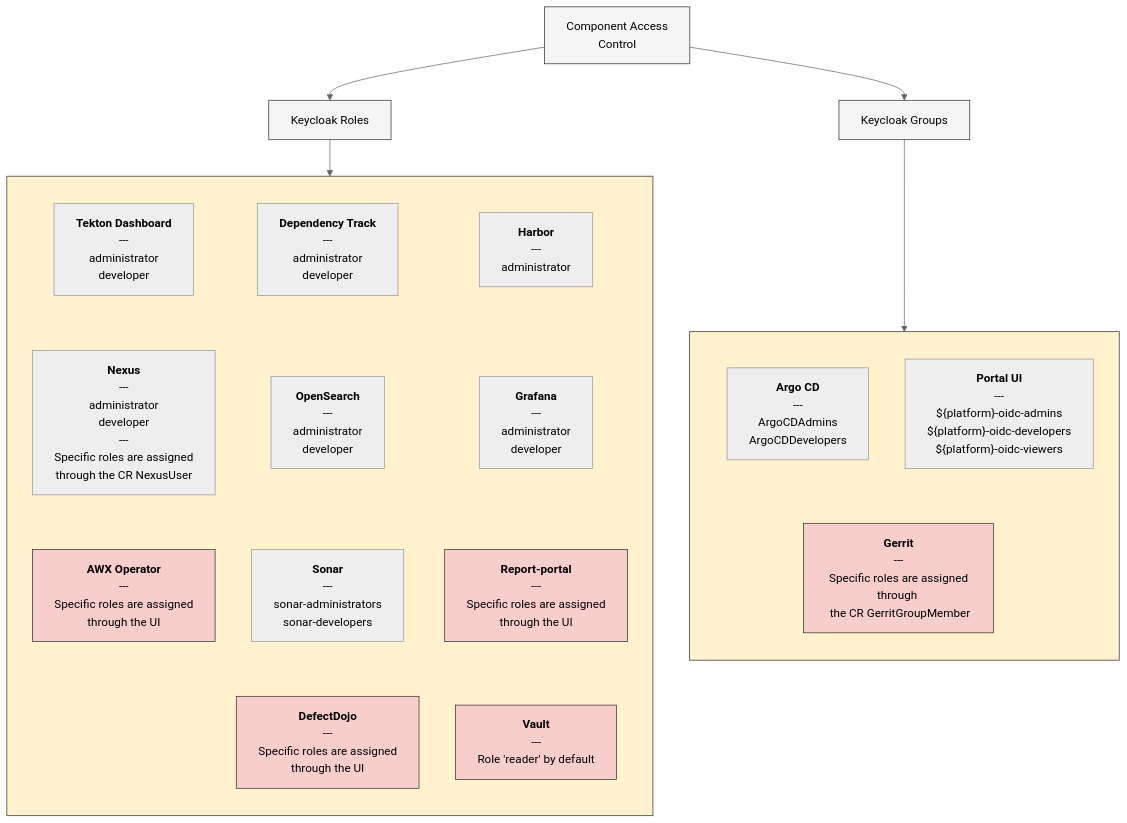
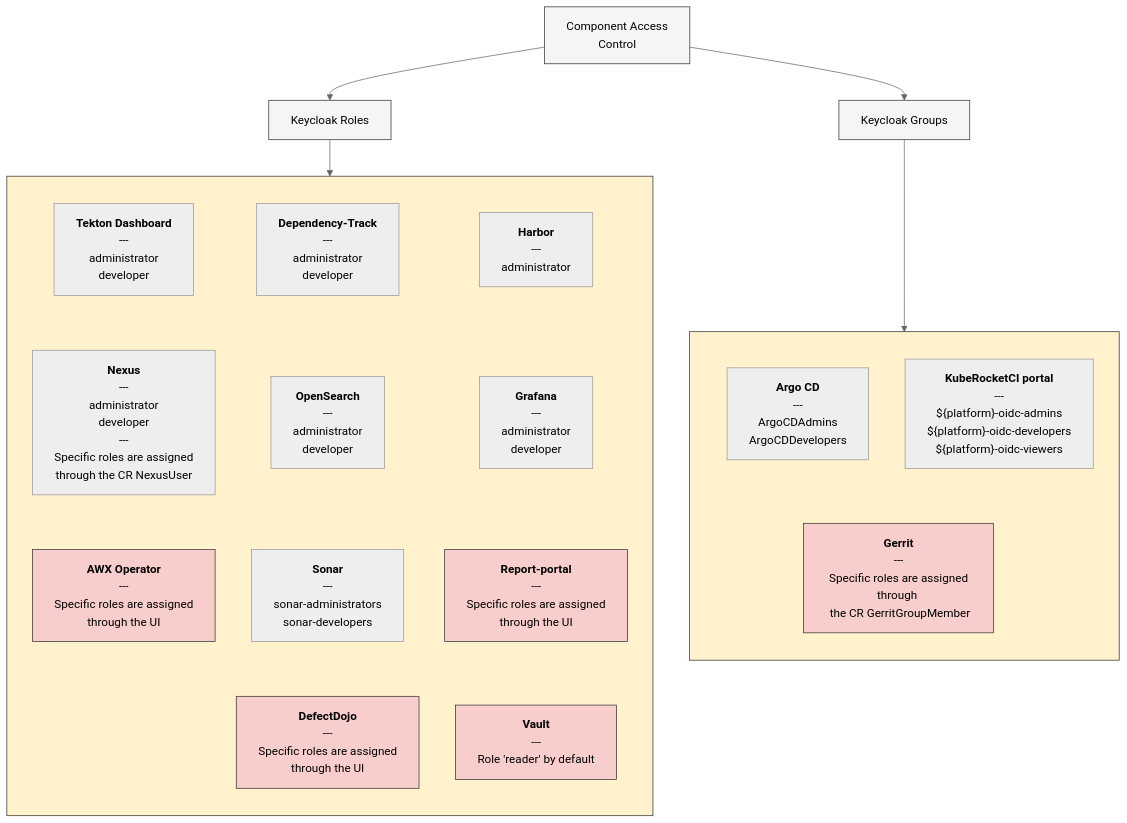
The second of 2 diagrams in versioned_docs/version-3.13/operator-guide/auth/platform-auth-model.md (KubeRocketCI/docs), drawn with Mermaid (neutral theme) before and after one commit. The commit also changed other lines of this file and 218 other files, not shown here.

````diff
--- a/versioned_docs/version-3.13/operator-guide/auth/platform-auth-model.md
+++ b/versioned_docs/version-3.13/operator-guide/auth/platform-auth-model.md
@@ -72,54 +72,54 @@
 ```mermaid
 graph TD;
     style component_access_control fill:#F5F5F5,stroke:#333,stroke-width:1px
     style keycloak_roles fill:#F5F5F5,stroke:#333,stroke-width:1px
     style keycloak_groups fill:#F5F5F5,stroke:#333,stroke-width:1px
     style mock_object fill:#FFF2CC,stroke:#FFF2CC,stroke-width:1px
     style AWX-operator fill:#F8CECC,stroke:#333,stroke-width:1px
     style DefectDojo fill:#F8CECC,stroke:#333,stroke-width:1px
     style ReportPortal fill:#F8CECC,stroke:#333,stroke-width:1px
     style Vault fill:#F8CECC,stroke:#333,stroke-width:1px
     style Gerrit fill:#F8CECC,stroke:#333,stroke-width:1px
     style keycloak_roles_components fill:#FFF2CC,stroke:#333,stroke-width:1px
     style keycloak_groups_components fill:#FFF2CC,stroke:#333,stroke-width:1px
 
     subgraph keycloak_roles_components [" "]
         direction TB
-        DependencyTrack["<b>Dependency Track</b><br> --- <br> administrator <br> developer"]
+        Dependency-Track["<b>Dependency-Track</b><br> --- <br> administrator <br> developer"]
         Harbor["<b>Harbor</b><br> --- <br> administrator"]
         TektonDashboard["<b>Tekton Dashboard</b><br> --- <br> administrator <br> developer"]
 
         OpenSearch["<b>OpenSearch</b><br> --- <br> administrator <br> developer"]
         Grafana["<b>Grafana</b><br> --- <br> administrator <br> developer"]
 
         Sonar["<b>Sonar</b><br> --- <br> sonar-administrators <br> sonar-developers"]
         Nexus["<b>Nexus</b><br> --- <br> administrator <br> developer <br> --- <br> Specific roles are assigned <br> through the CR NexusUser"]
 
         AWX-operator["<b>AWX Operator</b><br> --- <br> Specific roles are assigned <br> through the UI"]
 
         DefectDojo["<b>DefectDojo</b><br> --- <br> Specific roles are assigned <br> through the UI"]
         ReportPortal["<b>Report-portal</b><br> --- <br> Specific roles are assigned <br> through the UI"]
 
         Vault["<b>Vault</b><br> --- <br> Role 'reader' by default"]
 
-        DependencyTrack ~~~ OpenSearch ~~~ Sonar ~~~ DefectDojo
+        Dependency-Track ~~~ OpenSearch ~~~ Sonar ~~~ DefectDojo
         Harbor ~~~ Grafana ~~~ ReportPortal ~~~ Vault
         TektonDashboard ~~~ Nexus ~~~ AWX-operator ~~~ mock_object[" "]
     end
 
     subgraph keycloak_groups_components [" "]
         direction TB
         ArgoCD["<b>Argo CD</b><br> --- <br> ArgoCDAdmins <br> ArgoCDDevelopers"]
-        PortalUI["<b>Portal UI</b><br> --- <br> ${platform}-oidc-admins <br> ${platform}-oidc-developers <br> ${platform}-oidc-viewers"]
+        PortalUI["<b>KubeRocketCI portal</b><br> --- <br> ${platform}-oidc-admins <br> ${platform}-oidc-developers <br> ${platform}-oidc-viewers"]
 
         Gerrit["<b>Gerrit</b><br> --- <br> Specific roles are assigned through <br> the CR GerritGroupMember"]
         ArgoCD ~~~ Gerrit
         PortalUI ~~~ Gerrit
     end
 
     keycloak_roles --> keycloak_roles_components
     keycloak_groups --> keycloak_groups_components
 
     component_access_control["Component Access <br> Control"] --> keycloak_roles["Keycloak Roles"]
     component_access_control["Component Access <br> Control"] --> keycloak_groups["Keycloak Groups"]
 ```
````
